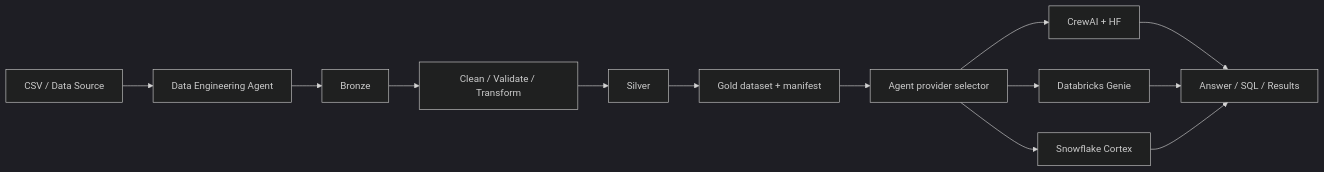
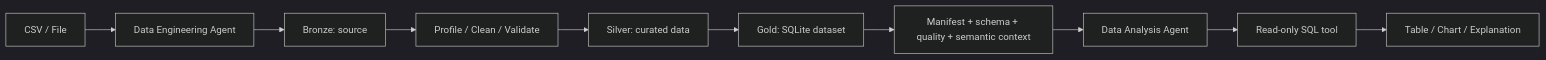
One commit to msellamiTN/data-agent-platform-studio changed the diagram in README.md. Above: the diagram before and after it, drawn with Mermaid (dark theme). The commit also changed other lines of this file, not shown here.

Commit message:
docs: define independent local two-agent platform

```diff
--- a/README.md
+++ b/README.md
@@ -9,15 +9,12 @@
 ~~~mermaid
 flowchart LR
-    SRC[CSV / Data Source] --> DE[Data Engineering Agent]
-    DE --> BR[Bronze]
-    BR --> ETL[Clean / Validate / Transform]
-    ETL --> SI[Silver]
-    SI --> GO[Gold dataset + manifest]
-    GO --> ROUTER[Agent provider selector]
-    ROUTER --> LOCAL[CrewAI + HF]
-    ROUTER --> GENIE[Databricks Genie]
-    ROUTER --> CORTEX[Snowflake Cortex]
-    LOCAL --> OUT[Answer / SQL / Results]
-    GENIE --> OUT
-    CORTEX --> OUT
+    SRC[CSV / File] --> DE[Data Engineering Agent]
+    DE --> B[Bronze: source]
+    B --> ETL[Profile / Clean / Validate]
+    ETL --> S[Silver: curated data]
+    S --> G[Gold: SQLite dataset]
+    G --> M[Manifest + schema + quality + semantic context]
+    M --> DA[Data Analysis Agent]
+    DA --> SQL[Read-only SQL tool]
+    SQL --> RES[Table / Chart / Explanation]
 ~~~
```
